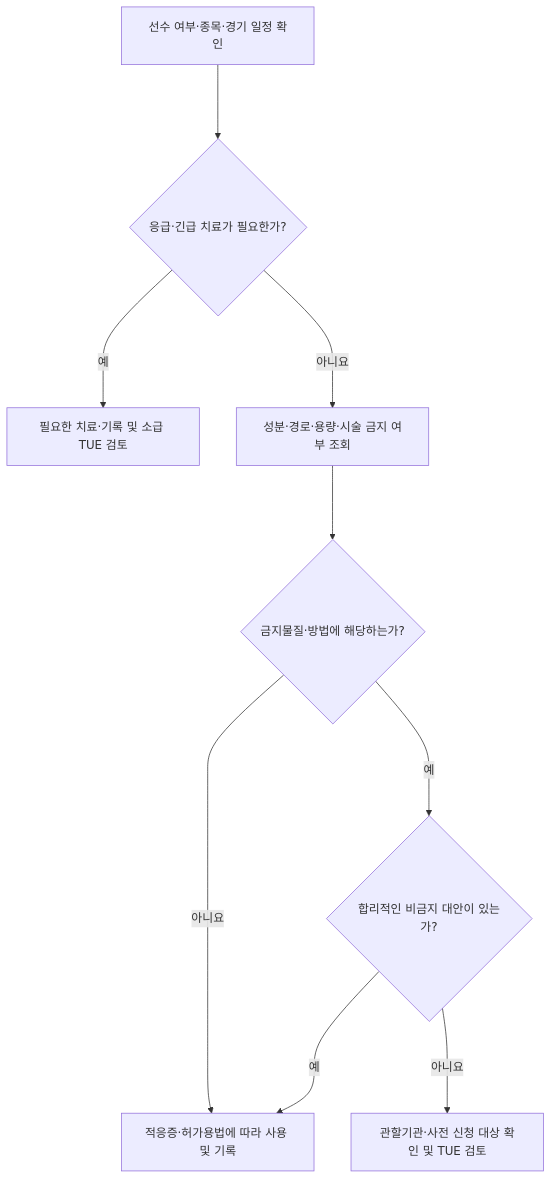
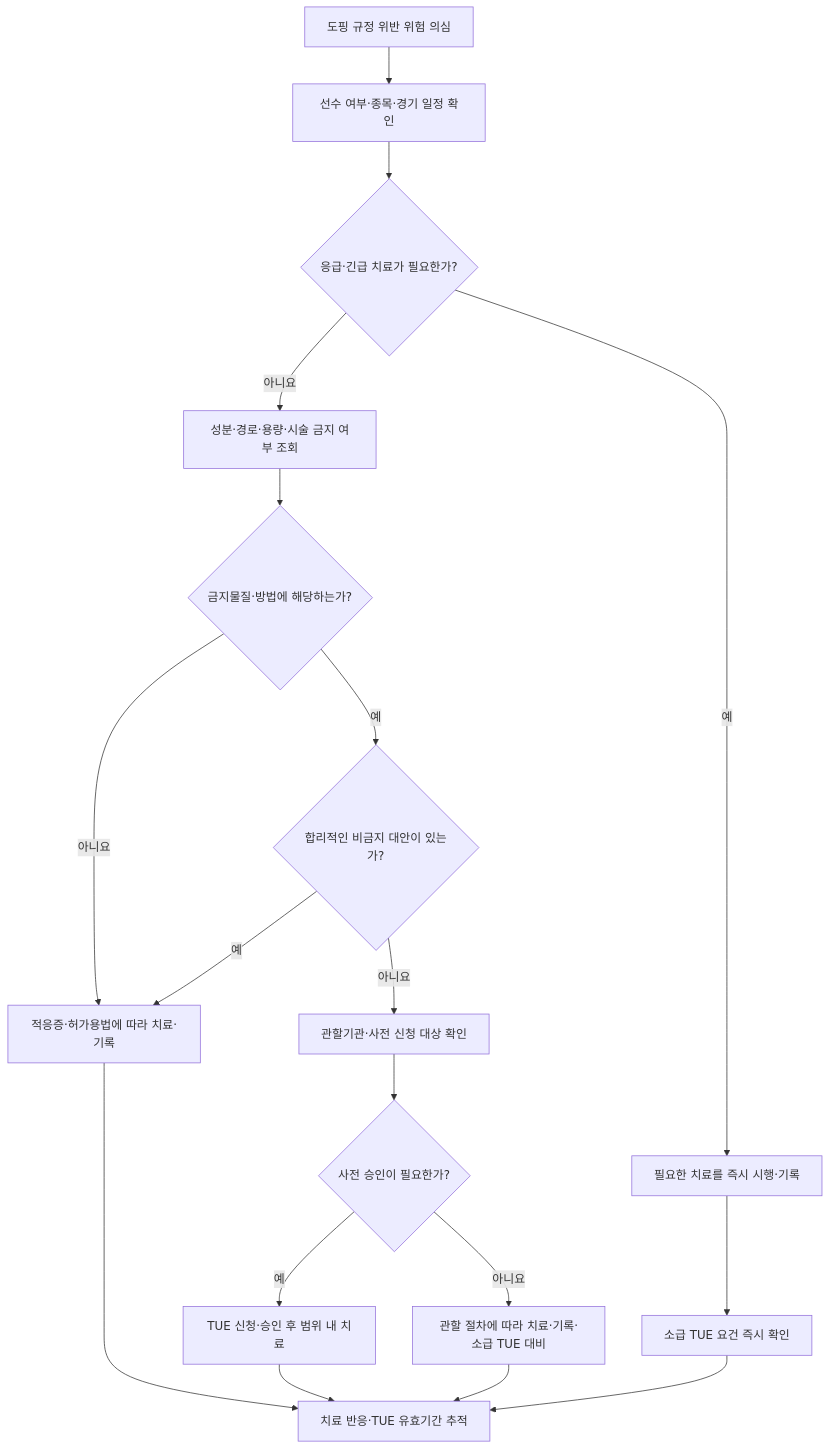
The diagram in 231_/218_-doping.md (familyoh77/familyoh77), drawn with Mermaid before and after one commit. The commit also changed other lines of this file and 9 other files, not shown here.

````diff
--- a/231_/218_-doping.md
+++ b/231_/218_-doping.md
@@ -94,11 +94,20 @@
 ```mermaid
 flowchart TD
-    A["선수 여부·종목·경기 일정 확인"] ---> B{"응급·긴급 치료가 필요한가?"}
-    B --->|예| C["필요한 치료·기록 및 소급 TUE 검토"]
-    B --->|아니요| D["성분·경로·용량·시술 금지 여부 조회"]
-    D ---> E{"금지물질·방법에 해당하는가?"}
-    E --->|아니요| F["적응증·허가용법에 따라 사용 및 기록"]
-    E --->|예| G{"합리적인 비금지 대안이 있는가?"}
-    G --->|예| F
-    G --->|아니요| H["관할기관·사전 신청 대상 확인 및 TUE 검토"]
+    A["도핑 규정 위반 위험 의심"] --> Q["선수 여부·종목·경기 일정 확인"]
+    Q --> B{"응급·긴급 치료가 필요한가?"}
+    B -->|예| C["필요한 치료를 즉시 시행·기록"]
+    C --> R["소급 TUE 요건 즉시 확인"]
+    B -->|아니요| D["성분·경로·용량·시술 금지 여부 조회"]
+    D --> E{"금지물질·방법에 해당하는가?"}
+    E -->|아니요| F["적응증·허가용법에 따라 치료·기록"]
+    E -->|예| G{"합리적인 비금지 대안이 있는가?"}
+    G -->|예| F
+    G -->|아니요| H["관할기관·사전 신청 대상 확인"]
+    H --> I{"사전 승인이 필요한가?"}
+    I -->|예| J["TUE 신청·승인 후 범위 내 치료"]
+    I -->|아니요| K["관할 절차에 따라 치료·기록·소급 TUE 대비"]
+    F --> L["치료 반응·TUE 유효기간 추적"]
+    J --> L
+    K --> L
+    R --> L
 ```
````
